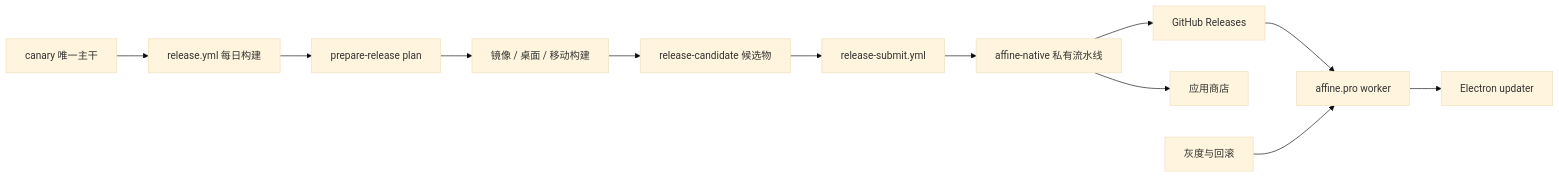
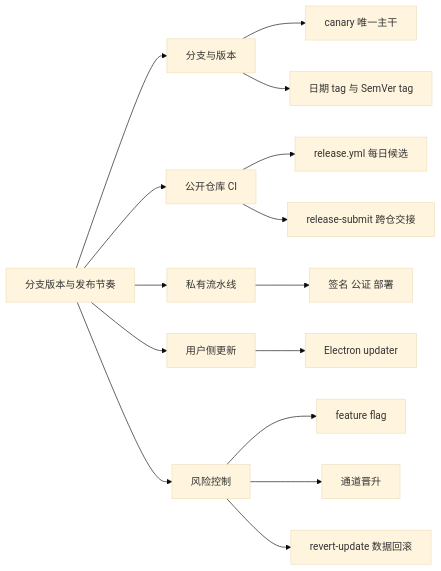
One commit to lfire/AFFiNE changed the first of 4 diagrams in learning-guide/slides/decks/04.md. Above: the diagram before and after it, drawn with Mermaid (base theme). The commit also changed other lines of this file and 46 other files, not shown here.

````diff
--- a/learning-guide/slides/decks/04.md
+++ b/learning-guide/slides/decks/04.md
@@ -47,14 +30,17 @@
 ```mermaid
 flowchart LR
-    BR[canary 唯一主干] --> REL["release.yml 每日构建"]
-    REL --> PRE["prepare-release plan"]
-    PRE --> BLD["镜像 / 桌面 / 移动构建"]
-    BLD --> CAND[release-candidate 候选物]
-    CAND --> SUB["release-submit.yml"]
-    SUB --> NAT["affine-native 私有流水线"]
-    NAT --> GHR[GitHub Releases]
-    NAT --> STORE[应用商店]
-    GHR --> FEED["affine.pro worker"]
-    FEED --> UPD[Electron updater]
-    RISK[灰度与回滚] --> FEED
+  ROOT["分支版本与发布节奏"] --> BR["分支与版本"]
+  ROOT --> CI["公开仓库 CI"]
+  ROOT --> NAT["私有流水线"]
+  ROOT --> UP["用户侧更新"]
+  ROOT --> RK["风险控制"]
+  BR --> BR1["canary 唯一主干"]
+  BR --> BR2["日期 tag 与 SemVer tag"]
+  CI --> CI1["release.yml 每日候选"]
+  CI --> CI2["release-submit 跨仓交接"]
+  NAT --> NAT1["签名 公证 部署"]
+  UP --> UP1["Electron updater"]
+  RK --> RK1["feature flag"]
+  RK --> RK2["通道晋升"]
+  RK --> RK3["revert-update 数据回滚"]
 ```
````
